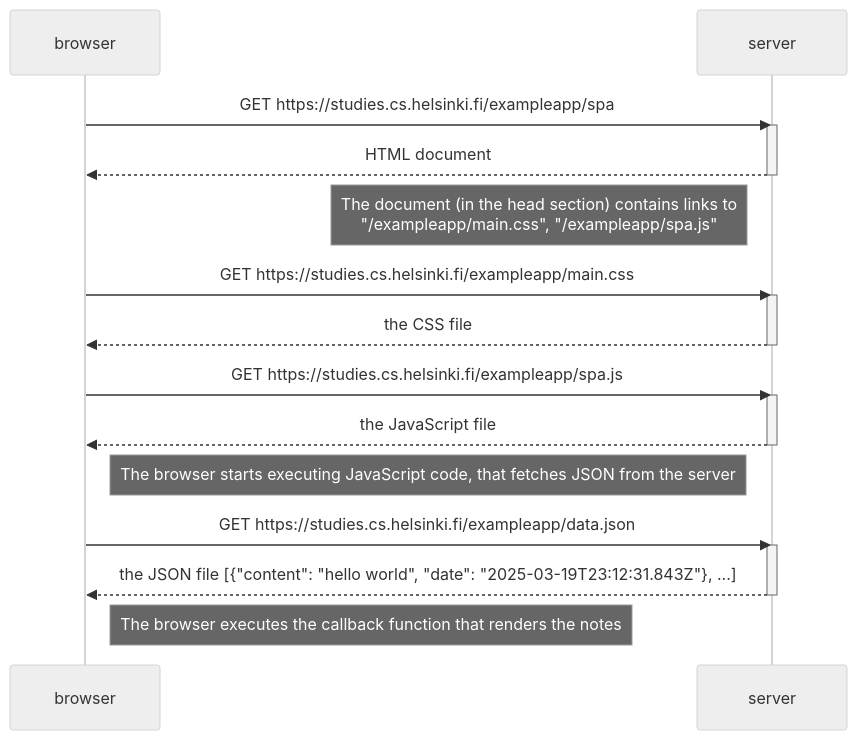
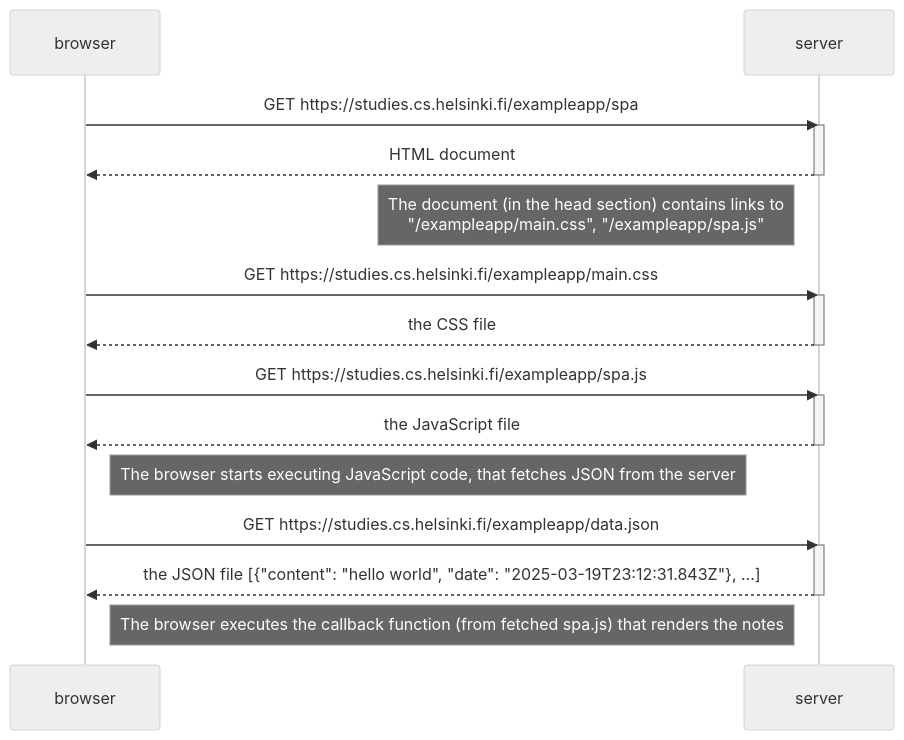
The diagram in Part0/exercise_05_single-page-app-diagram.md (KiruF/FullstackOpenCourse), drawn with Mermaid (neutral theme) before and after one commit.

Commit message:
additional comment

````diff
--- a/Part0/exercise_05_single-page-app-diagram.md
+++ b/Part0/exercise_05_single-page-app-diagram.md
@@ -1,38 +1,38 @@
 ```mermaid
 
 sequenceDiagram
 
 participant browser
 participant server
 
 browser->>server: GET https://studies.cs.helsinki.fi/exampleapp/spa
 activate server
 
 server-->>browser: HTML document
 deactivate server
 Note left of server: The document (in the head section) contains links to<br>"/exampleapp/main.css", "/exampleapp/spa.js"
 
 
 browser->>server: GET https://studies.cs.helsinki.fi/exampleapp/main.css
 activate server
 
 server-->>browser: the CSS file
 deactivate server
 
 
 browser->>server: GET https://studies.cs.helsinki.fi/exampleapp/spa.js
 activate server
 
 server-->>browser: the JavaScript file
 deactivate server
 Note right of browser: The browser starts executing JavaScript code, that fetches JSON from the server
 
 
 browser->>server: GET https://studies.cs.helsinki.fi/exampleapp/data.json
 activate server
 
 server-->>browser: the JSON file [{"content": "hello world", "date": "2025-03-19T23:12:31.843Z"}, ...]
 deactivate server
-Note right of browser: The browser executes the callback function that renders the notes
+Note right of browser: The browser executes the callback function (from fetched spa.js) that renders the notes
 
 ```
````
